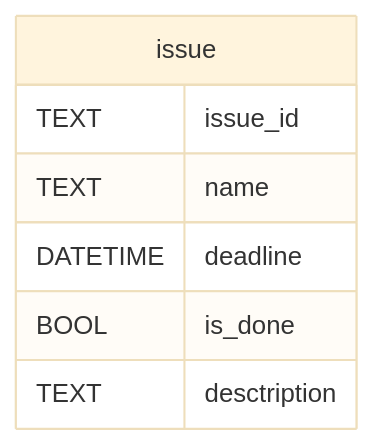
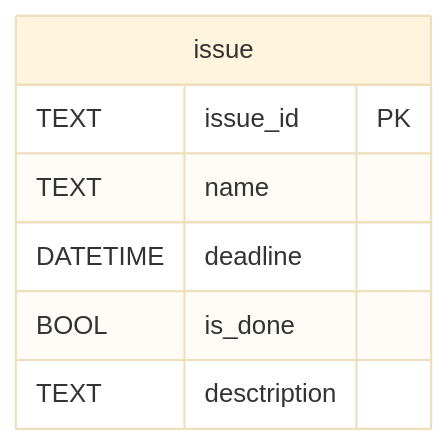
The diagram in README.md (Plangegger/issue-tracker), drawn with Mermaid (base theme) before and after one commit.

Commit message:
Add primary key to issue_id

````diff
--- a/README.md
+++ b/README.md
@@ -4,11 +4,11 @@
 ```mermaid
 erDiagram
 
 issue {
-  TEXT issue_id
+  TEXT issue_id PK
   TEXT name
   DATETIME deadline
   BOOL is_done
   TEXT desctription
   }
 ```
````
